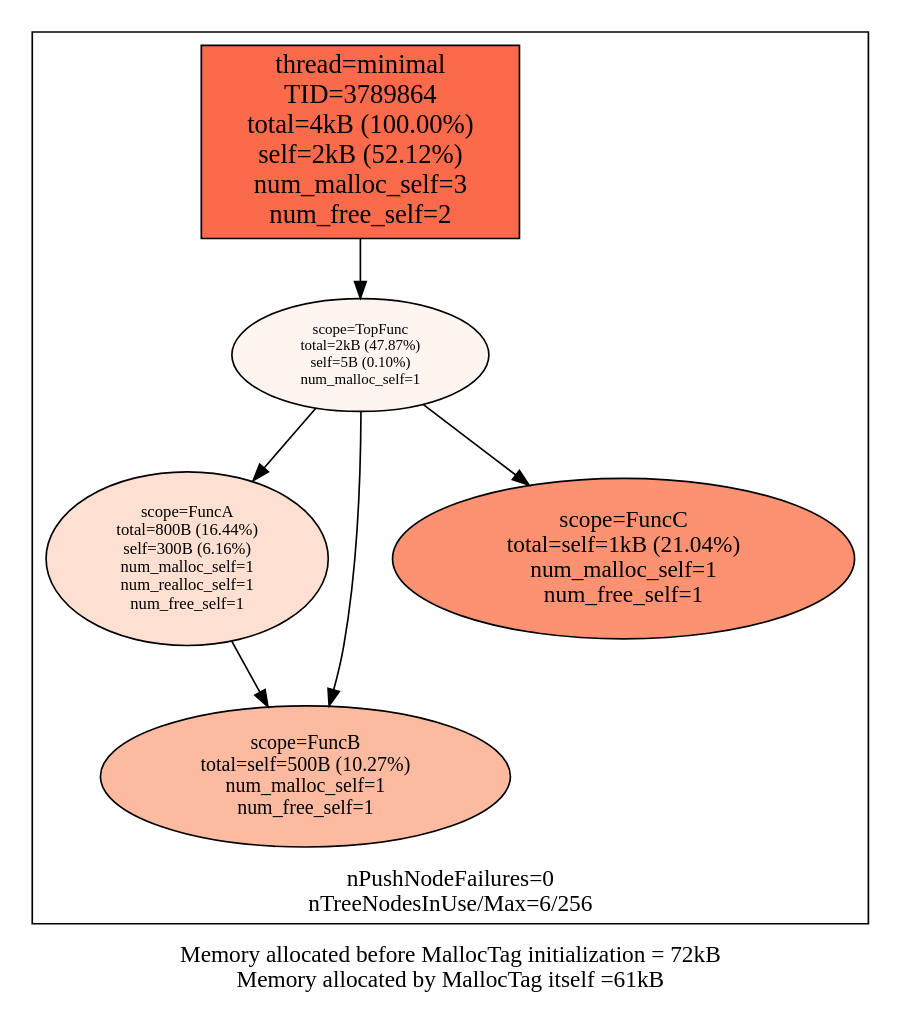
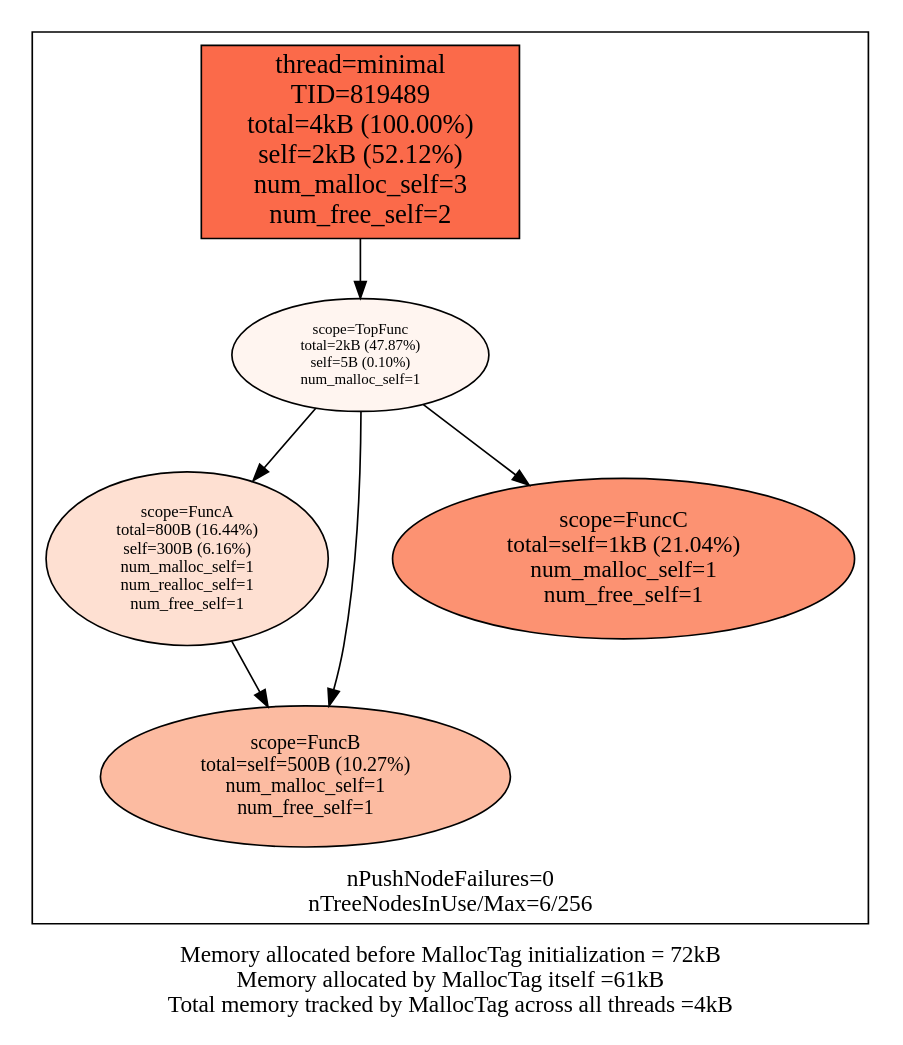
One commit to f18m/malloc-tag changed the diagram in examples/minimal/minimal_stats.dot. Above: the diagram before and after it, drawn with Graphviz. The commit also changed 6 other files, not shown here.

```diff
--- a/examples/minimal/minimal_stats.dot
+++ b/examples/minimal/minimal_stats.dot
@@ -1,22 +1,22 @@
 digraph MallocTree {
 node [colorscheme=reds9 style=filled]
-labelloc="b"
-label="Memory allocated before MallocTag initialization = 72kB\nMemory allocated by MallocTag itself =61kB\n"
-subgraph cluster_TID3789864 {
+subgraph cluster_TID819489 {
 node [colorscheme=reds9 style=filled]
 labelloc="b"
 label="nPushNodeFailures=0\nnTreeNodesInUse/Max=6/256\n"
-"3789864_minimal" [label="thread=minimal\nTID=3789864\ntotal=4kB (100.00%)\nself=2kB (52.12%)\nnum_malloc_self=3\nnum_free_self=2" shape=box fillcolor=5 fontsize=16]
-"3789864_minimal" -> "3789864_TopFunc"
-"3789864_TopFunc" [label="scope=TopFunc\ntotal=2kB (47.87%)\nself=5B (0.10%)\nnum_malloc_self=1" fillcolor=1 fontsize=9]
-"3789864_TopFunc" -> "3789864_FuncA"
-"3789864_TopFunc" -> "3789864_FuncB"
-"3789864_TopFunc" -> "3789864_FuncC"
-"3789864_FuncA" [label="scope=FuncA\ntotal=800B (16.44%)\nself=300B (6.16%)\nnum_malloc_self=1\nnum_realloc_self=1\nnum_free_self=1" fillcolor=2 fontsize=10]
-"3789864_FuncA" -> "3789864_FuncB"
-"3789864_FuncB" [label="scope=FuncB\ntotal=self=500B (10.27%)\nnum_malloc_self=1\nnum_free_self=1" fillcolor=3 fontsize=12]
-"3789864_FuncB" [label="scope=FuncB\ntotal=self=500B (10.27%)\nnum_malloc_self=1\nnum_free_self=1" fillcolor=3 fontsize=12]
-"3789864_FuncC" [label="scope=FuncC\ntotal=self=1kB (21.04%)\nnum_malloc_self=1\nnum_free_self=1" fillcolor=4 fontsize=14]
+"819489_minimal" [label="thread=minimal\nTID=819489\ntotal=4kB (100.00%)\nself=2kB (52.12%)\nnum_malloc_self=3\nnum_free_self=2" shape=box fillcolor=5 fontsize=16]
+"819489_minimal" -> "819489_TopFunc"
+"819489_TopFunc" [label="scope=TopFunc\ntotal=2kB (47.87%)\nself=5B (0.10%)\nnum_malloc_self=1" fillcolor=1 fontsize=9]
+"819489_TopFunc" -> "819489_FuncA"
+"819489_TopFunc" -> "819489_FuncB"
+"819489_TopFunc" -> "819489_FuncC"
+"819489_FuncA" [label="scope=FuncA\ntotal=800B (16.44%)\nself=300B (6.16%)\nnum_malloc_self=1\nnum_realloc_self=1\nnum_free_self=1" fillcolor=2 fontsize=10]
+"819489_FuncA" -> "819489_FuncB"
+"819489_FuncB" [label="scope=FuncB\ntotal=self=500B (10.27%)\nnum_malloc_self=1\nnum_free_self=1" fillcolor=3 fontsize=12]
+"819489_FuncB" [label="scope=FuncB\ntotal=self=500B (10.27%)\nnum_malloc_self=1\nnum_free_self=1" fillcolor=3 fontsize=12]
+"819489_FuncC" [label="scope=FuncC\ntotal=self=1kB (21.04%)\nnum_malloc_self=1\nnum_free_self=1" fillcolor=4 fontsize=14]
 }
 
+labelloc="b"
+label="Memory allocated before MallocTag initialization = 72kB\nMemory allocated by MallocTag itself =61kB\nTotal memory tracked by MallocTag across all threads =4kB\n"
 }
```
